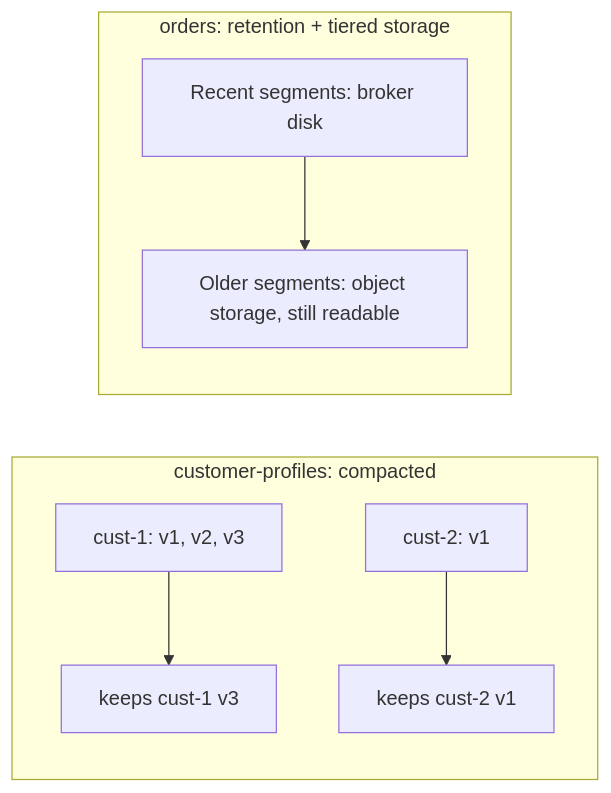
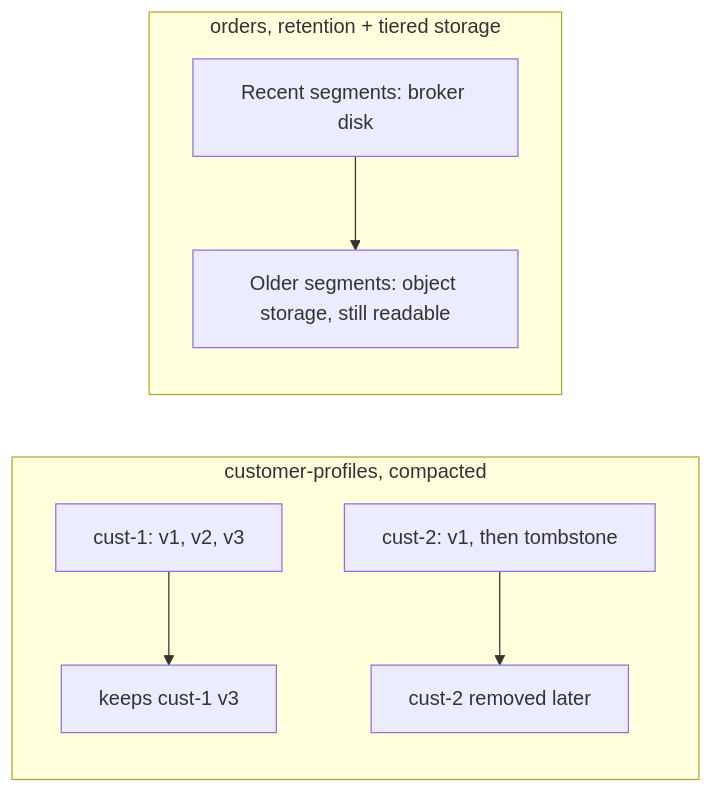
One commit to jubin-techwiz/learning changed the second of 2 diagrams in notes/02-messaging/02-kafka/13-retention-compaction-tiered-storage.md. Above: the diagram before and after it, drawn with Mermaid. The commit also changed other lines of this file and 37 other files, not shown here.

````diff
--- a/notes/02-messaging/02-kafka/13-retention-compaction-tiered-storage.md
+++ b/notes/02-messaging/02-kafka/13-retention-compaction-tiered-storage.md
@@ -41,10 +68,10 @@
 ```mermaid
 flowchart LR
-    subgraph C[customer-profiles: compacted]
+    subgraph C[customer-profiles, compacted]
         K1[cust-1: v1, v2, v3] --> L1[keeps cust-1 v3]
-        K2[cust-2: v1] --> L2[keeps cust-2 v1]
+        K2[cust-2: v1, then tombstone] --> L2[cust-2 removed later]
     end
-    subgraph O[orders: retention + tiered storage]
+    subgraph O[orders, retention + tiered storage]
         H[Recent segments: broker disk] --> CO[Older segments: object storage, still readable]
     end
 ```
````
